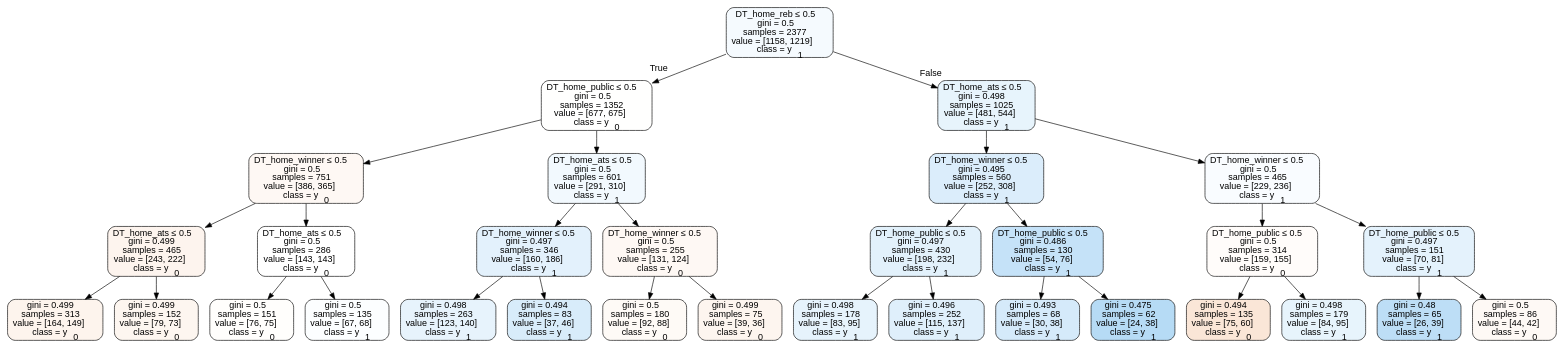
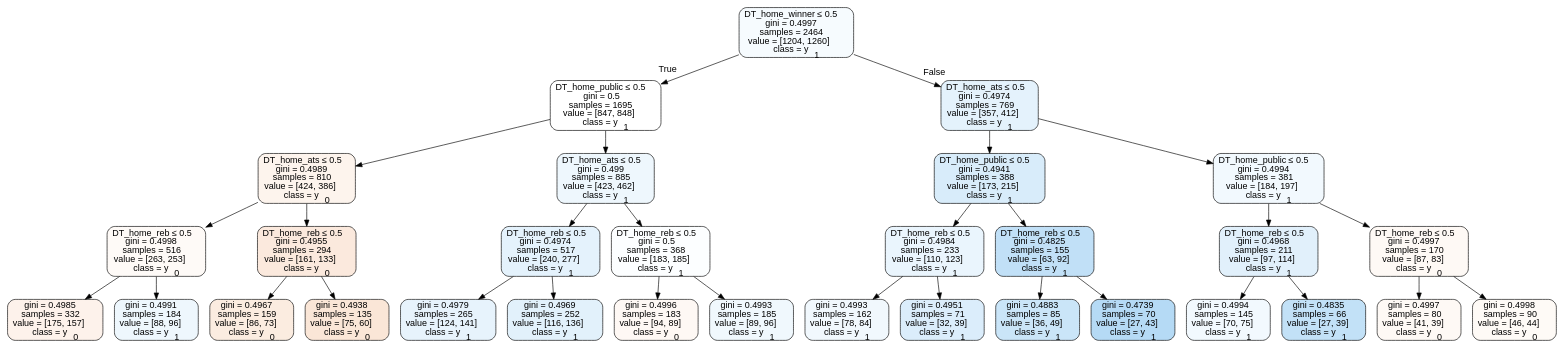
One commit to usbogie/ncaa-bets changed the diagram in Basketball/data/trees/tree2016neutral.dot. Above: the diagram before and after it, drawn with Graphviz. The commit also changed 41 other files, not shown here.

```diff
--- a/Basketball/data/trees/tree2016neutral.dot
+++ b/Basketball/data/trees/tree2016neutral.dot
@@ -1,65 +1,65 @@
 digraph Tree {
 node [shape=box, style="filled, rounded", color="black", fontname=helvetica] ;
 edge [fontname=helvetica] ;
-0 [label=<DT_home_reb &le; 0.5<br/>gini = 0.5<br/>samples = 2377<br/>value = [1158, 1219]<br/>class = y<SUB>1</SUB>>, fillcolor="#399de50d"] ;
-1 [label=<DT_home_public &le; 0.5<br/>gini = 0.5<br/>samples = 1352<br/>value = [677, 675]<br/>class = y<SUB>0</SUB>>, fillcolor="#e5813901"] ;
+0 [label=<DT_home_winner &le; 0.5<br/>gini = 0.4997<br/>samples = 2464<br/>value = [1204, 1260]<br/>class = y<SUB>1</SUB>>, fillcolor="#399de50b"] ;
+1 [label=<DT_home_public &le; 0.5<br/>gini = 0.5<br/>samples = 1695<br/>value = [847, 848]<br/>class = y<SUB>1</SUB>>, fillcolor="#399de500"] ;
 0 -> 1 [labeldistance=2.5, labelangle=45, headlabel="True"] ;
-2 [label=<DT_home_winner &le; 0.5<br/>gini = 0.5<br/>samples = 751<br/>value = [386, 365]<br/>class = y<SUB>0</SUB>>, fillcolor="#e581390e"] ;
+2 [label=<DT_home_ats &le; 0.5<br/>gini = 0.4989<br/>samples = 810<br/>value = [424, 386]<br/>class = y<SUB>0</SUB>>, fillcolor="#e5813917"] ;
 1 -> 2 ;
-3 [label=<DT_home_ats &le; 0.5<br/>gini = 0.499<br/>samples = 465<br/>value = [243, 222]<br/>class = y<SUB>0</SUB>>, fillcolor="#e5813916"] ;
+3 [label=<DT_home_reb &le; 0.5<br/>gini = 0.4998<br/>samples = 516<br/>value = [263, 253]<br/>class = y<SUB>0</SUB>>, fillcolor="#e581390a"] ;
 2 -> 3 ;
-4 [label=<gini = 0.499<br/>samples = 313<br/>value = [164, 149]<br/>class = y<SUB>0</SUB>>, fillcolor="#e5813917"] ;
+4 [label=<gini = 0.4985<br/>samples = 332<br/>value = [175, 157]<br/>class = y<SUB>0</SUB>>, fillcolor="#e581391a"] ;
 3 -> 4 ;
-5 [label=<gini = 0.499<br/>samples = 152<br/>value = [79, 73]<br/>class = y<SUB>0</SUB>>, fillcolor="#e5813913"] ;
+5 [label=<gini = 0.4991<br/>samples = 184<br/>value = [88, 96]<br/>class = y<SUB>1</SUB>>, fillcolor="#399de515"] ;
 3 -> 5 ;
-6 [label=<DT_home_ats &le; 0.5<br/>gini = 0.5<br/>samples = 286<br/>value = [143, 143]<br/>class = y<SUB>0</SUB>>, fillcolor="#e5813900"] ;
+6 [label=<DT_home_reb &le; 0.5<br/>gini = 0.4955<br/>samples = 294<br/>value = [161, 133]<br/>class = y<SUB>0</SUB>>, fillcolor="#e581392c"] ;
 2 -> 6 ;
-7 [label=<gini = 0.5<br/>samples = 151<br/>value = [76, 75]<br/>class = y<SUB>0</SUB>>, fillcolor="#e5813903"] ;
+7 [label=<gini = 0.4967<br/>samples = 159<br/>value = [86, 73]<br/>class = y<SUB>0</SUB>>, fillcolor="#e5813927"] ;
 6 -> 7 ;
-8 [label=<gini = 0.5<br/>samples = 135<br/>value = [67, 68]<br/>class = y<SUB>1</SUB>>, fillcolor="#399de504"] ;
+8 [label=<gini = 0.4938<br/>samples = 135<br/>value = [75, 60]<br/>class = y<SUB>0</SUB>>, fillcolor="#e5813933"] ;
 6 -> 8 ;
-9 [label=<DT_home_ats &le; 0.5<br/>gini = 0.5<br/>samples = 601<br/>value = [291, 310]<br/>class = y<SUB>1</SUB>>, fillcolor="#399de510"] ;
+9 [label=<DT_home_ats &le; 0.5<br/>gini = 0.499<br/>samples = 885<br/>value = [423, 462]<br/>class = y<SUB>1</SUB>>, fillcolor="#399de516"] ;
 1 -> 9 ;
-10 [label=<DT_home_winner &le; 0.5<br/>gini = 0.497<br/>samples = 346<br/>value = [160, 186]<br/>class = y<SUB>1</SUB>>, fillcolor="#399de524"] ;
+10 [label=<DT_home_reb &le; 0.5<br/>gini = 0.4974<br/>samples = 517<br/>value = [240, 277]<br/>class = y<SUB>1</SUB>>, fillcolor="#399de522"] ;
 9 -> 10 ;
-11 [label=<gini = 0.498<br/>samples = 263<br/>value = [123, 140]<br/>class = y<SUB>1</SUB>>, fillcolor="#399de51f"] ;
+11 [label=<gini = 0.4979<br/>samples = 265<br/>value = [124, 141]<br/>class = y<SUB>1</SUB>>, fillcolor="#399de51f"] ;
 10 -> 11 ;
-12 [label=<gini = 0.494<br/>samples = 83<br/>value = [37, 46]<br/>class = y<SUB>1</SUB>>, fillcolor="#399de532"] ;
+12 [label=<gini = 0.4969<br/>samples = 252<br/>value = [116, 136]<br/>class = y<SUB>1</SUB>>, fillcolor="#399de525"] ;
 10 -> 12 ;
-13 [label=<DT_home_winner &le; 0.5<br/>gini = 0.5<br/>samples = 255<br/>value = [131, 124]<br/>class = y<SUB>0</SUB>>, fillcolor="#e581390e"] ;
+13 [label=<DT_home_reb &le; 0.5<br/>gini = 0.5<br/>samples = 368<br/>value = [183, 185]<br/>class = y<SUB>1</SUB>>, fillcolor="#399de503"] ;
 9 -> 13 ;
-14 [label=<gini = 0.5<br/>samples = 180<br/>value = [92, 88]<br/>class = y<SUB>0</SUB>>, fillcolor="#e581390b"] ;
+14 [label=<gini = 0.4996<br/>samples = 183<br/>value = [94, 89]<br/>class = y<SUB>0</SUB>>, fillcolor="#e581390e"] ;
 13 -> 14 ;
-15 [label=<gini = 0.499<br/>samples = 75<br/>value = [39, 36]<br/>class = y<SUB>0</SUB>>, fillcolor="#e5813914"] ;
+15 [label=<gini = 0.4993<br/>samples = 185<br/>value = [89, 96]<br/>class = y<SUB>1</SUB>>, fillcolor="#399de513"] ;
 13 -> 15 ;
-16 [label=<DT_home_ats &le; 0.5<br/>gini = 0.498<br/>samples = 1025<br/>value = [481, 544]<br/>class = y<SUB>1</SUB>>, fillcolor="#399de51e"] ;
+16 [label=<DT_home_ats &le; 0.5<br/>gini = 0.4974<br/>samples = 769<br/>value = [357, 412]<br/>class = y<SUB>1</SUB>>, fillcolor="#399de522"] ;
 0 -> 16 [labeldistance=2.5, labelangle=-45, headlabel="False"] ;
-17 [label=<DT_home_winner &le; 0.5<br/>gini = 0.495<br/>samples = 560<br/>value = [252, 308]<br/>class = y<SUB>1</SUB>>, fillcolor="#399de52e"] ;
+17 [label=<DT_home_public &le; 0.5<br/>gini = 0.4941<br/>samples = 388<br/>value = [173, 215]<br/>class = y<SUB>1</SUB>>, fillcolor="#399de532"] ;
 16 -> 17 ;
-18 [label=<DT_home_public &le; 0.5<br/>gini = 0.497<br/>samples = 430<br/>value = [198, 232]<br/>class = y<SUB>1</SUB>>, fillcolor="#399de525"] ;
+18 [label=<DT_home_reb &le; 0.5<br/>gini = 0.4984<br/>samples = 233<br/>value = [110, 123]<br/>class = y<SUB>1</SUB>>, fillcolor="#399de51b"] ;
 17 -> 18 ;
-19 [label=<gini = 0.498<br/>samples = 178<br/>value = [83, 95]<br/>class = y<SUB>1</SUB>>, fillcolor="#399de520"] ;
+19 [label=<gini = 0.4993<br/>samples = 162<br/>value = [78, 84]<br/>class = y<SUB>1</SUB>>, fillcolor="#399de512"] ;
 18 -> 19 ;
-20 [label=<gini = 0.496<br/>samples = 252<br/>value = [115, 137]<br/>class = y<SUB>1</SUB>>, fillcolor="#399de529"] ;
+20 [label=<gini = 0.4951<br/>samples = 71<br/>value = [32, 39]<br/>class = y<SUB>1</SUB>>, fillcolor="#399de52e"] ;
 18 -> 20 ;
-21 [label=<DT_home_public &le; 0.5<br/>gini = 0.486<br/>samples = 130<br/>value = [54, 76]<br/>class = y<SUB>1</SUB>>, fillcolor="#399de54a"] ;
+21 [label=<DT_home_reb &le; 0.5<br/>gini = 0.4825<br/>samples = 155<br/>value = [63, 92]<br/>class = y<SUB>1</SUB>>, fillcolor="#399de550"] ;
 17 -> 21 ;
-22 [label=<gini = 0.493<br/>samples = 68<br/>value = [30, 38]<br/>class = y<SUB>1</SUB>>, fillcolor="#399de536"] ;
+22 [label=<gini = 0.4883<br/>samples = 85<br/>value = [36, 49]<br/>class = y<SUB>1</SUB>>, fillcolor="#399de544"] ;
 21 -> 22 ;
-23 [label=<gini = 0.475<br/>samples = 62<br/>value = [24, 38]<br/>class = y<SUB>1</SUB>>, fillcolor="#399de55e"] ;
+23 [label=<gini = 0.4739<br/>samples = 70<br/>value = [27, 43]<br/>class = y<SUB>1</SUB>>, fillcolor="#399de55f"] ;
 21 -> 23 ;
-24 [label=<DT_home_winner &le; 0.5<br/>gini = 0.5<br/>samples = 465<br/>value = [229, 236]<br/>class = y<SUB>1</SUB>>, fillcolor="#399de508"] ;
+24 [label=<DT_home_public &le; 0.5<br/>gini = 0.4994<br/>samples = 381<br/>value = [184, 197]<br/>class = y<SUB>1</SUB>>, fillcolor="#399de511"] ;
 16 -> 24 ;
-25 [label=<DT_home_public &le; 0.5<br/>gini = 0.5<br/>samples = 314<br/>value = [159, 155]<br/>class = y<SUB>0</SUB>>, fillcolor="#e5813906"] ;
+25 [label=<DT_home_reb &le; 0.5<br/>gini = 0.4968<br/>samples = 211<br/>value = [97, 114]<br/>class = y<SUB>1</SUB>>, fillcolor="#399de526"] ;
 24 -> 25 ;
-26 [label=<gini = 0.494<br/>samples = 135<br/>value = [75, 60]<br/>class = y<SUB>0</SUB>>, fillcolor="#e5813933"] ;
+26 [label=<gini = 0.4994<br/>samples = 145<br/>value = [70, 75]<br/>class = y<SUB>1</SUB>>, fillcolor="#399de511"] ;
 25 -> 26 ;
-27 [label=<gini = 0.498<br/>samples = 179<br/>value = [84, 95]<br/>class = y<SUB>1</SUB>>, fillcolor="#399de51e"] ;
+27 [label=<gini = 0.4835<br/>samples = 66<br/>value = [27, 39]<br/>class = y<SUB>1</SUB>>, fillcolor="#399de54e"] ;
 25 -> 27 ;
-28 [label=<DT_home_public &le; 0.5<br/>gini = 0.497<br/>samples = 151<br/>value = [70, 81]<br/>class = y<SUB>1</SUB>>, fillcolor="#399de523"] ;
+28 [label=<DT_home_reb &le; 0.5<br/>gini = 0.4997<br/>samples = 170<br/>value = [87, 83]<br/>class = y<SUB>0</SUB>>, fillcolor="#e581390c"] ;
 24 -> 28 ;
-29 [label=<gini = 0.48<br/>samples = 65<br/>value = [26, 39]<br/>class = y<SUB>1</SUB>>, fillcolor="#399de555"] ;
+29 [label=<gini = 0.4997<br/>samples = 80<br/>value = [41, 39]<br/>class = y<SUB>0</SUB>>, fillcolor="#e581390c"] ;
 28 -> 29 ;
-30 [label=<gini = 0.5<br/>samples = 86<br/>value = [44, 42]<br/>class = y<SUB>0</SUB>>, fillcolor="#e581390c"] ;
+30 [label=<gini = 0.4998<br/>samples = 90<br/>value = [46, 44]<br/>class = y<SUB>0</SUB>>, fillcolor="#e581390b"] ;
 28 -> 30 ;
 }
```
